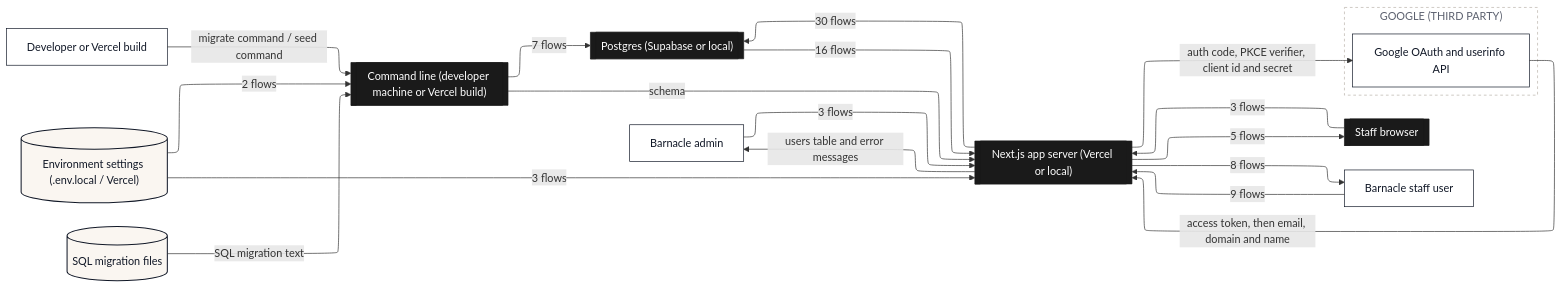
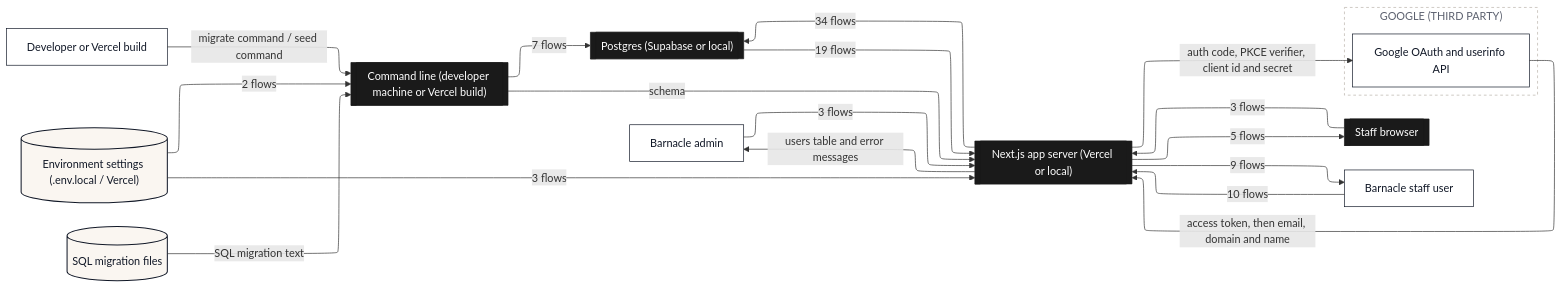
One commit to Romain-Perche/Barnacle-Pipe changed the second of 10 diagrams in dataflow/DATAFLOW.md. Above: the diagram before and after it, drawn with Mermaid. The commit also changed other lines of this file and 7 other files, not shown here.

````diff
--- a/dataflow/DATAFLOW.md
+++ b/dataflow/DATAFLOW.md
@@ -93,45 +93,45 @@
 ```mermaid
 ---
 config:
   layout: elk
 ---
 flowchart LR
     n1[["Next.js app server (Vercel or local)"]]
     n2[["Staff browser"]]
     n3[["Command line (developer machine or Vercel build)"]]
     n4[["Postgres (Supabase or local)"]]
     n5["Barnacle admin"]
     n6["Developer or Vercel build"]
     n7[("Environment settings (.env.local / Vercel)")]
     n8[("SQL migration files")]
     n9["Barnacle staff user"]
     subgraph z1["GOOGLE (THIRD PARTY)"]
         n10["Google OAuth and userinfo API"]
     end
     n5 -->|"3 flows"| n1
-    n1 -->|"8 flows"| n9
+    n1 -->|"9 flows"| n9
     n2 -->|"3 flows"| n1
-    n1 -->|"30 flows"| n4
-    n4 -->|"16 flows"| n1
+    n1 -->|"34 flows"| n4
+    n4 -->|"19 flows"| n1
     n6 -->|"migrate command / seed command"| n3
     n7 -->|"3 flows"| n1
     n7 -->|"2 flows"| n3
     n1 -->|"5 flows"| n2
     n1 -->|"auth code, PKCE verifier, client id and secret"| n10
     n10 -->|"access token, then email, domain and name"| n1
     n3 -->|"7 flows"| n4
     n3 -->|"schema"| n1
     n8 -->|"SQL migration text"| n3
-    n9 -->|"9 flows"| n1
+    n9 -->|"10 flows"| n1
     n1 -->|"users table and error messages"| n5
     classDef actor fill:#FFFFFF,stroke:#111827,stroke-width:1px,color:#111827
     classDef process fill:#EDEAFF,stroke:#2B00FF,stroke-width:1.5px,color:#111827
     classDef store fill:#FAF6F1,stroke:#111827,stroke-width:1.5px,color:#111827
     classDef zone fill:#1A1A1A,stroke:#1A1A1A,color:#FFFFFF
     classDef group fill:#2B00FF,stroke:#2B00FF,color:#FFFFFF
     classDef stub fill:#FFFFFF,stroke:#2B00FF,stroke-width:1.5px,stroke-dasharray:5 4,color:#2B00FF
     class n5,n6,n9,n10 actor
     class n7,n8 store
     class n1,n2,n3,n4 zone
     style z1 fill:#FFFFFF,stroke:#B9B2A8,stroke-dasharray:4 4,color:#5D6270
 ```
````
